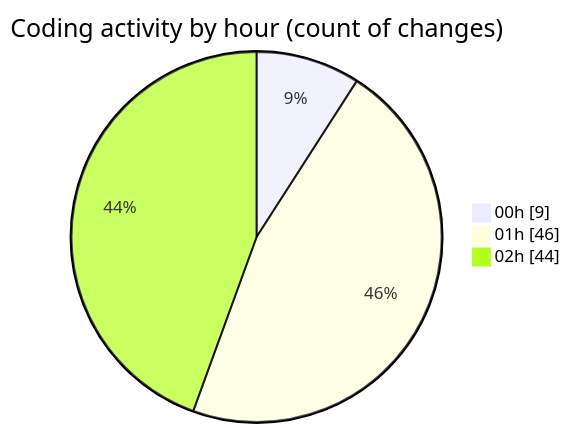
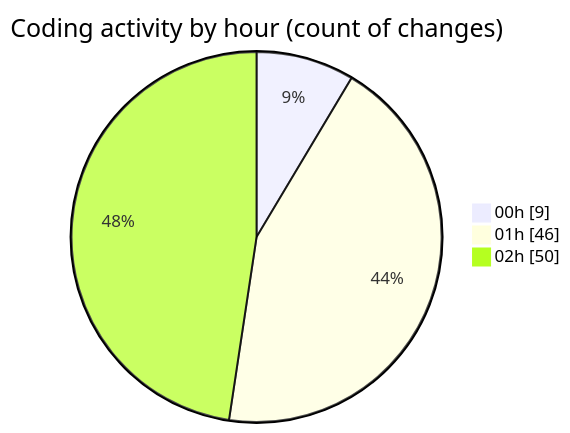
One commit to julien-gomy/code-tracking changed the second of 2 diagrams in 2025-11-18/eventscop-frontend-guide__workspace_/README.md. Above: the diagram before and after it, drawn with Mermaid. The commit also changed other lines of this file and 1 other file, not shown here.

````diff
--- a/2025-11-18/eventscop-frontend-guide__workspace_/README.md
+++ b/2025-11-18/eventscop-frontend-guide__workspace_/README.md
@@ -44,7 +48,7 @@
 ```mermaid
 pie showData
 title Coding activity by hour (count of changes)
 "00h" : 9
 "01h" : 46
-"02h" : 44
+"02h" : 50
 ```
````
